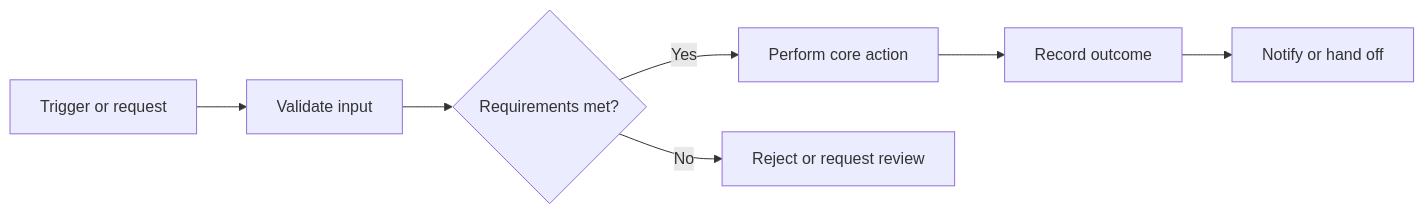
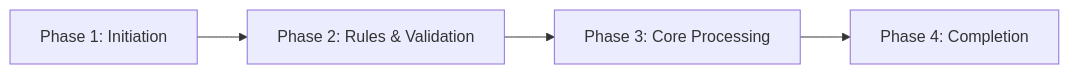
One commit to nikpan1/ai-config changed the diagram in data/template.md. Above: the diagram before and after it, drawn with Mermaid. The commit also changed other lines of this file and 33 other files, not shown here.

````diff
--- a/data/template.md
+++ b/data/template.md
@@ -76,9 +186,4 @@
 ```mermaid
 flowchart LR
-    A[Trigger or request] --> B[Validate input]
-    B --> C{Requirements met?}
-    C -->|Yes| D[Perform core action]
-    D --> E[Record outcome]
-    E --> F[Notify or hand off]
-    C -->|No| G[Reject or request review]
+    A[Phase 1: Initiation] --> B[Phase 2: Rules & Validation] --> C[Phase 3: Core Processing] --> D[Phase 4: Completion]
 ```
````
